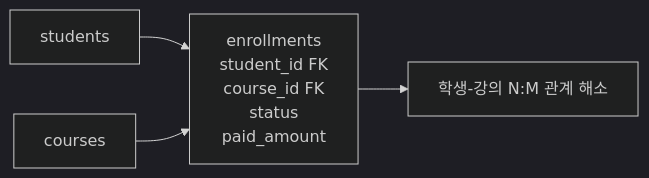
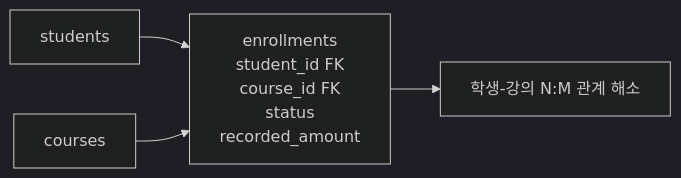
One commit to GilbertMoon/ai-database-book changed the diagram in images/chapter07/ch07_04_many_to_many_enrollments.mmd. Above: the diagram before and after it, drawn with Mermaid (dark theme).

Commit message:
Rename amount field in Chapter 07 N:M diagram

```diff
--- a/images/chapter07/ch07_04_many_to_many_enrollments.mmd
+++ b/images/chapter07/ch07_04_many_to_many_enrollments.mmd
@@ -1,4 +1,4 @@
 flowchart LR
-    S[students] --> E[enrollments<br/>student_id FK<br/>course_id FK<br/>status<br/>paid_amount]
+    S[students] --> E[enrollments<br/>student_id FK<br/>course_id FK<br/>status<br/>recorded_amount]
     C[courses] --> E
     E --> R[학생-강의 N:M 관계 해소]
```
